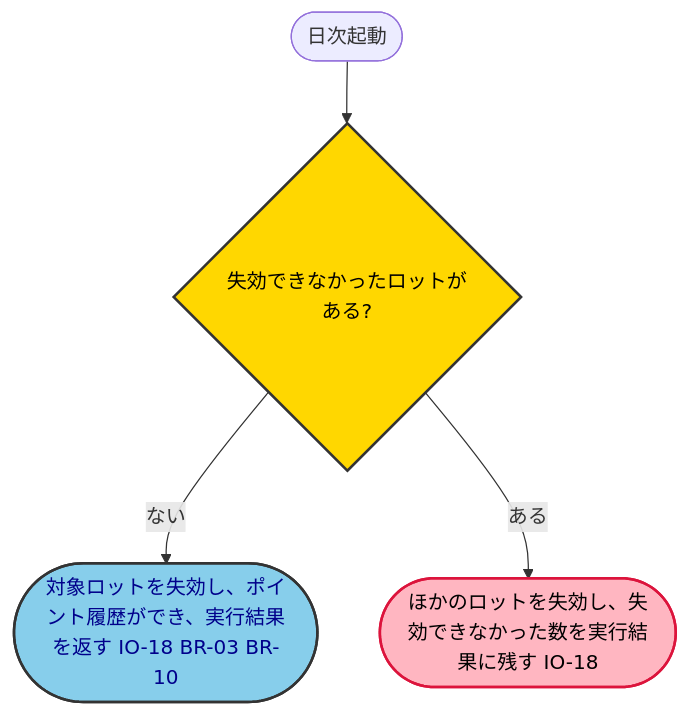
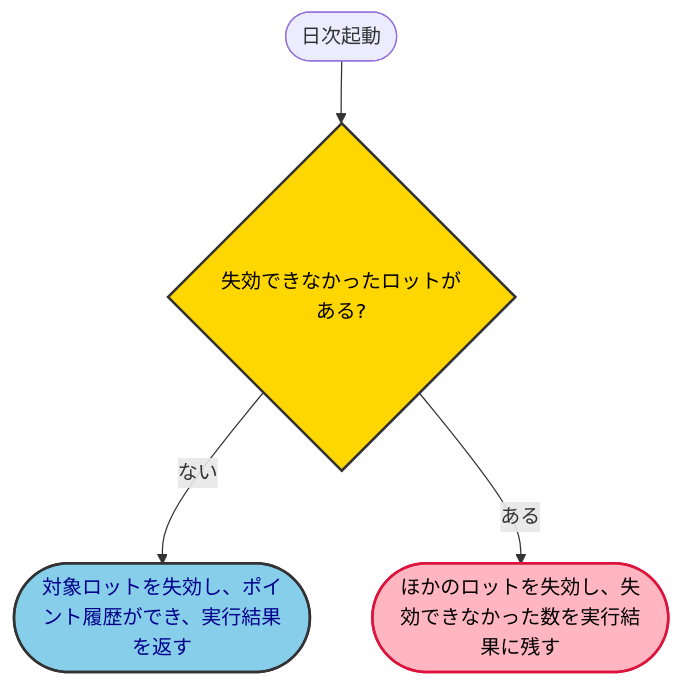
The fifth of 9 diagrams in samples/docs/requirements-detail.md (kasiopeiya/claude-dev-template), drawn with Mermaid before and after one commit. The commit also changed other lines of this file, not shown here.

First line of the commit message:
docs: 手本のアクティビティ図から BR・AC・IO の ID を外す (#1977)

````diff
--- a/samples/docs/requirements-detail.md
+++ b/samples/docs/requirements-detail.md
@@ -646,13 +646,13 @@
 ```mermaid
 flowchart TD
     start(["日次起動"]) --> fail{"失効できなかったロットがある?"}
-    fail -->|ない| done(["対象ロットを失効し、ポイント履歴ができ、実行結果を返す IO-18 BR-03 BR-10"])
-    fail -->|ある| part(["ほかのロットを失効し、失効できなかった数を実行結果に残す IO-18"])
+    fail -->|ない| done(["対象ロットを失効し、ポイント履歴ができ、実行結果を返す"])
+    fail -->|ある| part(["ほかのロットを失効し、失効できなかった数を実行結果に残す"])
 
     classDef decision fill:#FFD700,stroke:#333,stroke-width:2px,color:black
     classDef result fill:#87CEEB,stroke:#333,stroke-width:2px,color:darkblue
     classDef error fill:#FFB6C1,stroke:#DC143C,stroke-width:2px,color:black
     class fail decision
     class done result
     class part error
 ```
````
